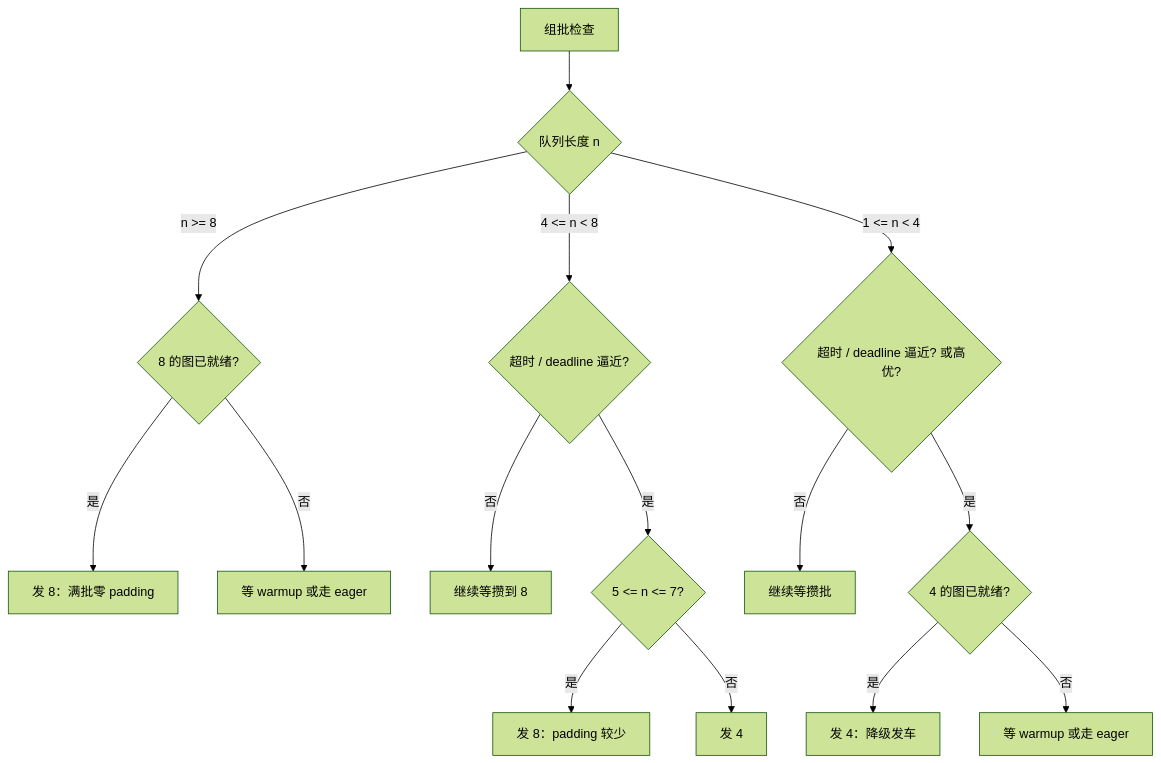
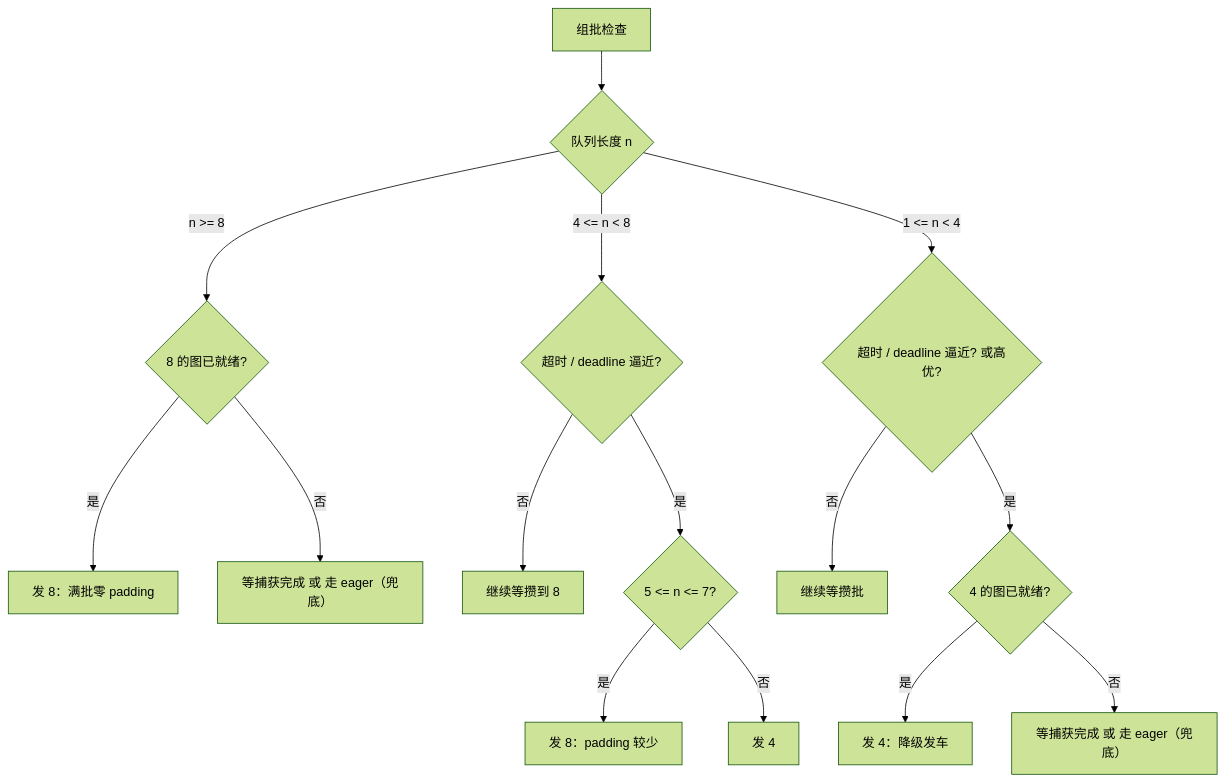
One commit to ZhiYunpenghuawei/p1 changed the sixth of 10 diagrams in 调度策略插件独立设计文档.md. Above: the diagram before and after it, drawn with Mermaid (forest theme). The commit also changed other lines of this file, not shown here.

````diff
--- a/调度策略插件独立设计文档.md
+++ b/调度策略插件独立设计文档.md
@@ -410,17 +415,17 @@
 ```mermaid
 flowchart TD
     A[组批检查] --> B{队列长度 n}
     B -->|n >= 8| C{8 的图已就绪?}
     C -->|是| D[发 8：满批零 padding]
-    C -->|否| W8[等 warmup 或走 eager]
+    C -->|否| W8[等捕获完成 或 走 eager（兜底）]
     B -->|4 <= n < 8| E{超时 / deadline 逼近?}
     E -->|否| F[继续等攒到 8]
     E -->|是| G{5 <= n <= 7?}
     G -->|是| H[发 8：padding 较少]
     G -->|否| I[发 4]
     B -->|1 <= n < 4| J{超时 / deadline 逼近? 或高优?}
     J -->|否| K[继续等攒批]
     J -->|是| L{4 的图已就绪?}
     L -->|是| M[发 4：降级发车]
-    L -->|否| N[等 warmup 或走 eager]
+    L -->|否| N[等捕获完成 或 走 eager（兜底）]
 ```
````
